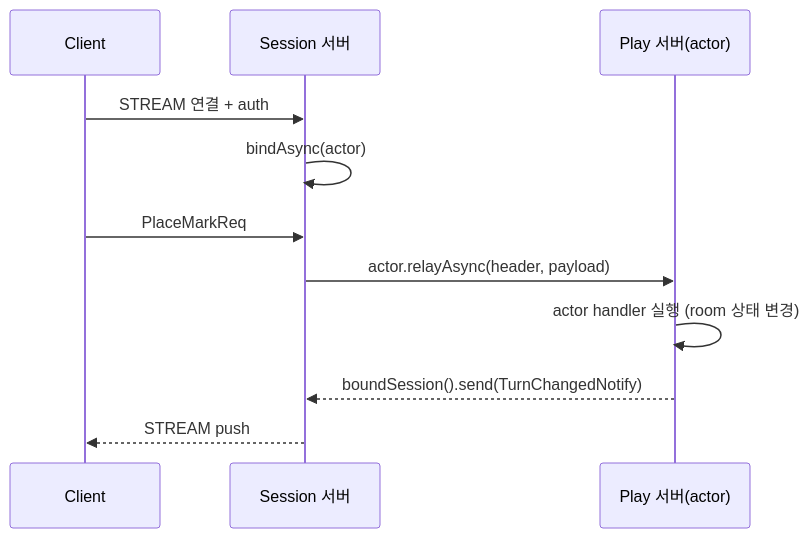
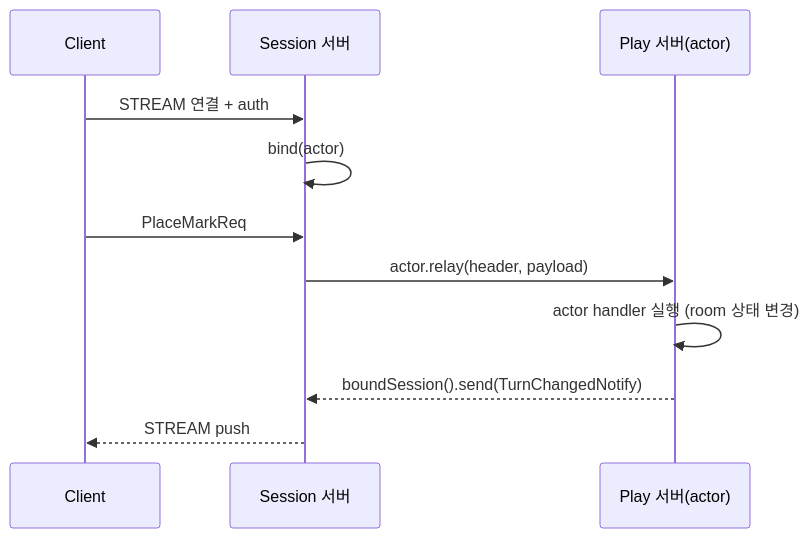
One commit to kairos-code-dev/zlink changed the diagram in framework/languages/java/doc/draft/guide/07-actor-session.ko.md. Above: the diagram before and after it, drawn with Mermaid. The commit also changed other lines of this file and 114 other files, not shown here.

````diff
--- a/framework/languages/java/doc/draft/guide/07-actor-session.ko.md
+++ b/framework/languages/java/doc/draft/guide/07-actor-session.ko.md
@@ -120,13 +120,13 @@
 ```mermaid
 sequenceDiagram
   participant C as Client
   participant S as Session 서버
   participant P as Play 서버(actor)
   C->>S: STREAM 연결 + auth
-  S->>S: bindAsync(actor)
+  S->>S: bind(actor)
   C->>S: PlaceMarkReq
-  S->>P: actor.relayAsync(header, payload)
+  S->>P: actor.relay(header, payload)
   P->>P: actor handler 실행 (room 상태 변경)
   P-->>S: boundSession().send(TurnChangedNotify)
   S-->>C: STREAM push
 ```
````
